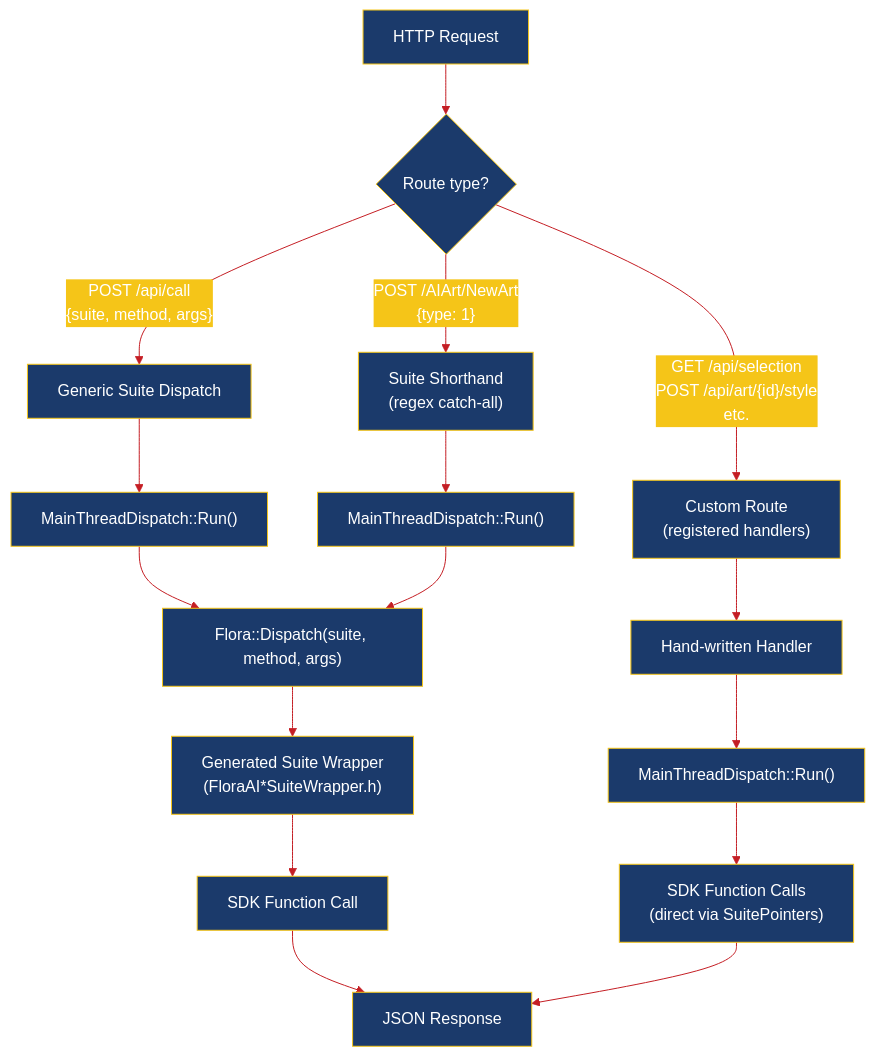
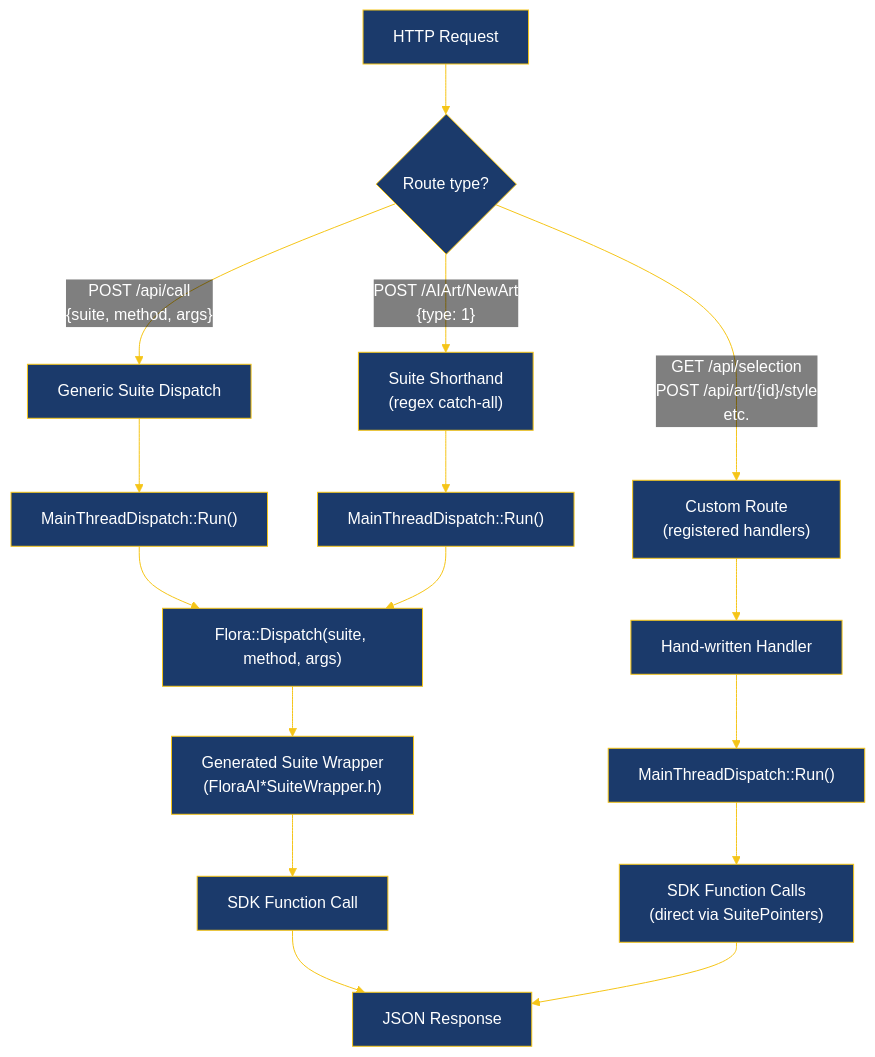
One commit to ByteBard97/nuxp changed the fourth of 4 diagrams in docs/ARCHITECTURE.md. Above: the diagram before and after it, drawn with Mermaid. The commit also changed other lines of this file and 1 other file, not shown here.

First line of the commit message:
docs: fix diagram colors for dark theme readability

````diff
--- a/docs/ARCHITECTURE.md
+++ b/docs/ARCHITECTURE.md
@@ -301,31 +302,34 @@
 ```mermaid
 %%{init: {'theme': 'base', 'themeVariables': {
   'primaryColor': '#1B3A6B',
   'primaryTextColor': '#FFFFFF',
   'primaryBorderColor': '#F5C518',
-  'lineColor': '#C41E24',
-  'secondaryColor': '#F5C518',
-  'tertiaryColor': '#FFF8E7'
+  'lineColor': '#F5C518',
+  'secondaryColor': '#C41E24',
+  'secondaryTextColor': '#FFFFFF',
+  'tertiaryColor': '#2A5298',
+  'tertiaryTextColor': '#FFFFFF',
+  'edgeLabelBackground': 'transparent'
 }}}%%
 flowchart TB
     Req["HTTP Request"] --> Type{Route type?}
 
     Type -- "POST /api/call\n{suite, method, args}" --> APICall["Generic Suite Dispatch"]
     Type -- "POST /AIArt/NewArt\n{type: 1}" --> SuiteShort["Suite Shorthand\n(regex catch-all)"]
     Type -- "GET /api/selection\nPOST /api/art/{id}/style\netc." --> Custom["Custom Route\n(registered handlers)"]
 
     APICall --> MTD1["MainThreadDispatch::Run()"]
     SuiteShort --> MTD2["MainThreadDispatch::Run()"]
     Custom --> Handler["Hand-written Handler"]
     Handler --> MTD3["MainThreadDispatch::Run()"]
 
     MTD1 --> CD["Flora::Dispatch(suite, method, args)"]
     MTD2 --> CD
     CD --> Wrapper["Generated Suite Wrapper\n(FloraAI*SuiteWrapper.h)"]
     Wrapper --> SDKCall["SDK Function Call"]
 
     MTD3 --> SDKCall2["SDK Function Calls\n(direct via SuitePointers)"]
 
     SDKCall --> JSON["JSON Response"]
     SDKCall2 --> JSON
 ```
````
